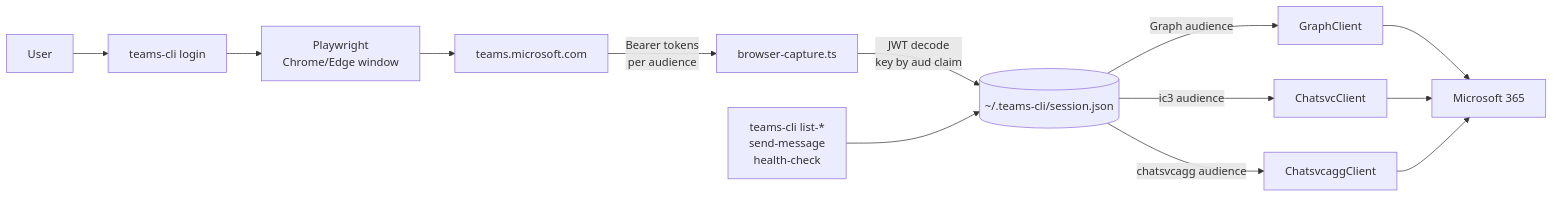
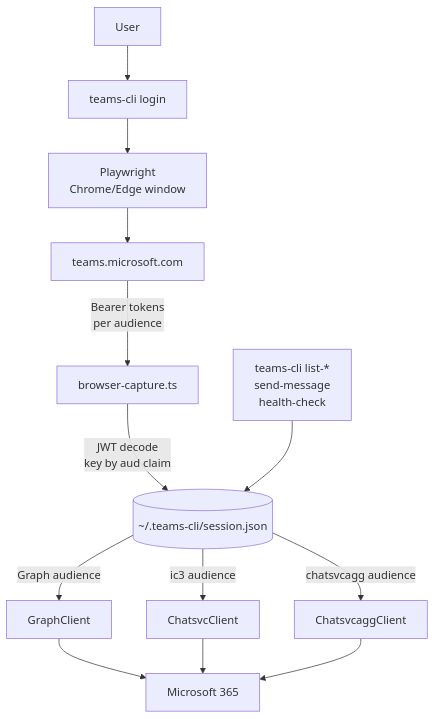
Before and after one commit to weirdapps/teams-access: the diagram in README.md, drawn with Mermaid.

Commit message:
docs: switch README architecture diagram to vertical layout
Convert the Mermaid diagram from horizontal (LR) to vertical (TD) so it renders
without horizontal scrolling in the GitHub README column.

````diff
--- a/README.md
+++ b/README.md
@@ -65,16 +65,16 @@
 ```mermaid
-flowchart LR
+flowchart TD
   U[User] --> LOGIN[teams-cli login]
   LOGIN --> PW[Playwright<br/>Chrome/Edge window]
   PW --> TEAMS[teams.microsoft.com]
   TEAMS -- Bearer tokens<br/>per audience --> BC[browser-capture.ts]
   BC -- JWT decode<br/>key by aud claim --> SESS[(~/.teams-cli/session.json)]
 
   CMD[teams-cli list-*<br/>send-message<br/>health-check] --> SESS
   SESS -- Graph audience --> G[GraphClient]
   SESS -- ic3 audience --> C[ChatsvcClient]
   SESS -- chatsvcagg audience --> A[ChatsvcaggClient]
   G --> M365[Microsoft 365]
   C --> M365
   A --> M365
 ```
````
